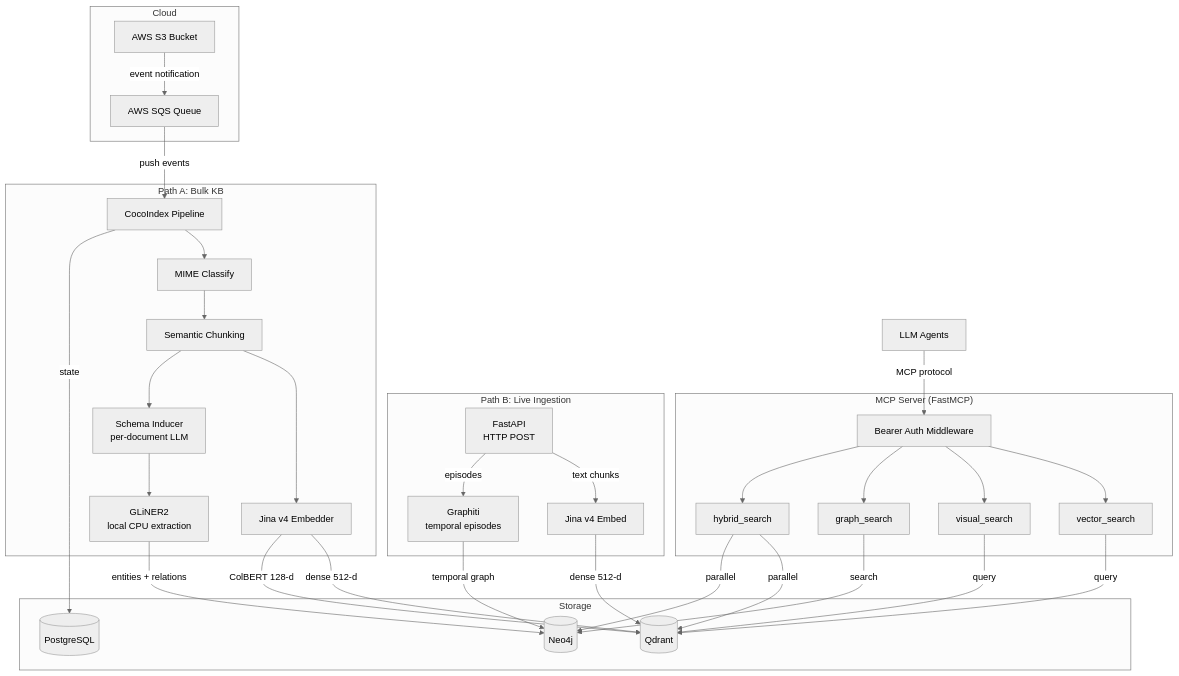
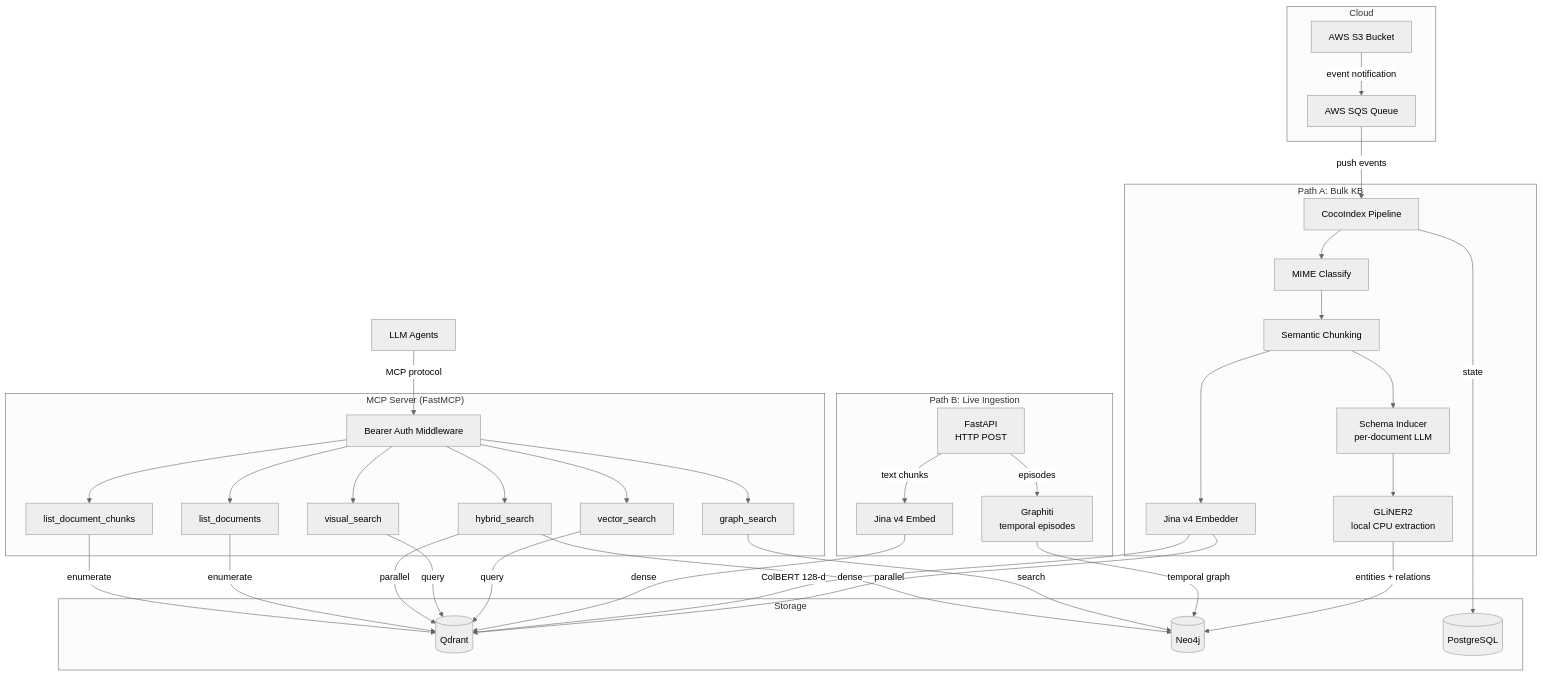
The diagram in docs/architecture/overview.md (dollro/spektr), drawn with Mermaid (neutral theme) before and after one commit. The commit also changed other lines of this file and 24 other files, not shown here.

````diff
--- a/docs/architecture/overview.md
+++ b/docs/architecture/overview.md
@@ -7,58 +7,61 @@
 ```mermaid
 graph TB
     subgraph Cloud
         S3[AWS S3 Bucket]
         SQS[AWS SQS Queue]
     end
 
     subgraph "Path A: Bulk KB"
         Pipeline[CocoIndex Pipeline]
         Classify[MIME Classify]
         Chunk[Semantic Chunking]
         SchemaInd[Schema Inducer\nper-document LLM]
         Embed[Jina v4 Embedder]
         Extract[GLiNER2\nlocal CPU extraction]
     end
 
     subgraph "Path B: Live Ingestion"
         LiveAPI[FastAPI\nHTTP POST]
         LiveEmbed[Jina v4 Embed]
         Graphiti[Graphiti\ntemporal episodes]
     end
 
     subgraph Storage
         Qdrant[(Qdrant)]
         Neo4j[(Neo4j)]
         PG[(PostgreSQL)]
     end
 
     subgraph "MCP Server (FastMCP)"
         Auth[Bearer Auth Middleware]
         VS[vector_search]
         VIS[visual_search]
         GS[graph_search]
         HS[hybrid_search]
+        LD[list_documents]
+        LC[list_document_chunks]
     end
 
     Agent[LLM Agents]
 
     S3 -->|event notification| SQS
     SQS -->|push events| Pipeline
     Pipeline --> Classify --> Chunk --> Embed
     Chunk --> SchemaInd --> Extract
-    Embed -->|dense 512-d| Qdrant
+    Embed -->|dense| Qdrant
     Embed -->|ColBERT 128-d| Qdrant
     Extract -->|entities + relations| Neo4j
     Pipeline -->|state| PG
 
     LiveAPI -->|text chunks| LiveEmbed
-    LiveEmbed -->|dense 512-d| Qdrant
+    LiveEmbed -->|dense| Qdrant
     LiveAPI -->|episodes| Graphiti
     Graphiti -->|temporal graph| Neo4j
 
     Agent -->|MCP protocol| Auth
-    Auth --> VS & VIS & GS & HS
+    Auth --> VS & VIS & GS & HS & LD & LC
     VS & VIS -->|query| Qdrant
     GS -->|search| Neo4j
     HS -->|parallel| Qdrant & Neo4j
+    LD & LC -->|enumerate| Qdrant
 ```
````
